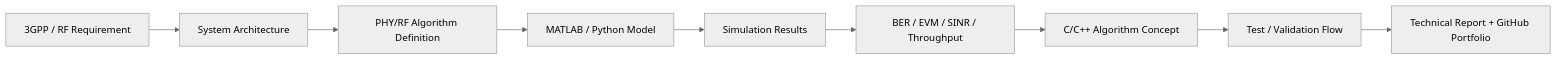
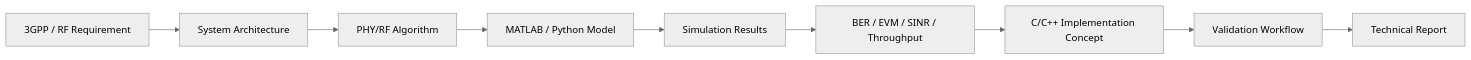
Before and after one commit to dipucwc/dipucwc: the diagram in README.md, drawn with Mermaid (neutral theme). The commit also changed other lines of this file, not shown here.

````diff
--- a/README.md
+++ b/README.md
@@ -122,11 +37,11 @@
 ```mermaid
 flowchart LR
     A[3GPP / RF Requirement] --> B[System Architecture]
-    B --> C[PHY/RF Algorithm Definition]
+    B --> C[PHY/RF Algorithm]
     C --> D[MATLAB / Python Model]
     D --> E[Simulation Results]
     E --> F[BER / EVM / SINR / Throughput]
-    F --> G[C/C++ Algorithm Concept]
-    G --> H[Test / Validation Flow]
-    H --> I[Technical Report + GitHub Portfolio]
+    F --> G[C/C++ Implementation Concept]
+    G --> H[Validation Workflow]
+    H --> I[Technical Report]
 ```
````
